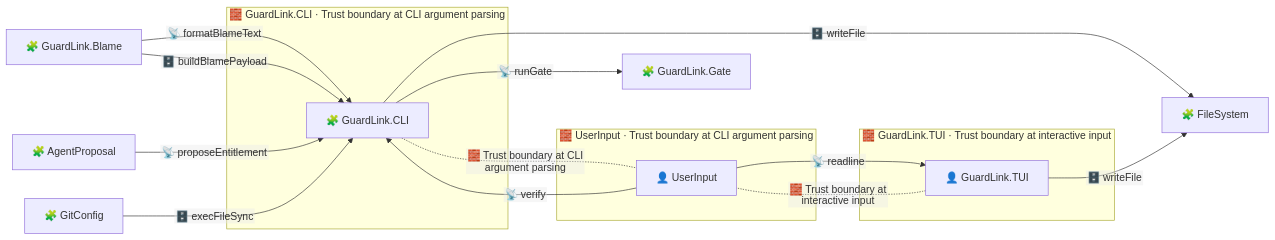
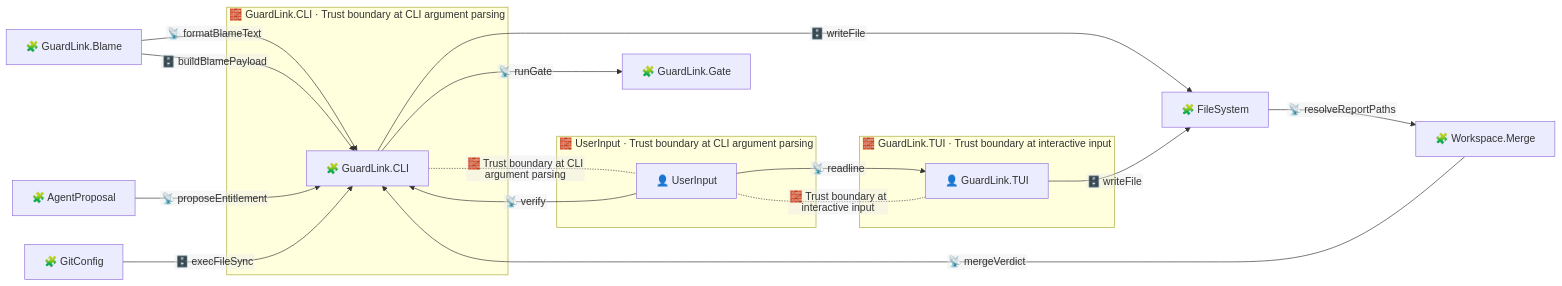
The diagram in .guardlink/graph/by-boundary/cli-input-boundary.mmd (Bugb-Technologies/guardlink), drawn with Mermaid before and after one commit. The commit also changed 60 other files, not shown here.

```diff
--- a/.guardlink/graph/by-boundary/cli-input-boundary.mmd
+++ b/.guardlink/graph/by-boundary/cli-input-boundary.mmd
@@ -1,38 +1,41 @@
 %% GENERATED FILE — do not edit. Regenerate with: guardlink artifacts .
 %% artifact:        by-boundary/cli-input-boundary.mmd
 %% scope:           PARTIAL — the Trust boundary at CLI argument parsing between cli and userinput, and what flows across it
-%% annotation_hash: sha256-v3:1ffaceedfbf419c98d3f31068aefa8de0eb34967f35664f34b68b1d23be27a3b
+%% annotation_hash: sha256-v3:96b5e046610905578780c457ae147944c6688cb16e66a505a4b359eeea689ea1
 %% generator:       guardlink@2.0.0
 %% ---
 %% This diagram is derived from the annotations in this repository. If
 %% annotation_hash above differs from what `guardlink status .` reports, the
 %% diagram is STALE — regenerate rather than trusting it.
 %% When it was generated and at which commit: ask git. Those move for reasons
 %% unrelated to the diagram, so they are reported at emission time, not stored.
 %%{init: {"flowchart": {"nodeSpacing": 44, "rankSpacing": 58, "curve": "basis", "htmlLabels": false}}}%%
 graph LR
   subgraph Z0["🧱 GuardLink.CLI · Trust boundary at CLI argument parsing"]
     cli["🧩 GuardLink.CLI"]
   end
   subgraph Z1["🧱 UserInput · Trust boundary at CLI argument parsing"]
     userinput["👤 UserInput"]
   end
   subgraph Z2["🧱 GuardLink.TUI · Trust boundary at interactive input"]
     tui["👤 GuardLink.TUI"]
   end
   blame["🧩 GuardLink.Blame"]
   filesystem["🧩 FileSystem"]
   gate["🧩 GuardLink.Gate"]
   agentproposal["🧩 AgentProposal"]
   gitconfig["🧩 GitConfig"]
+  merge_engine["🧩 Workspace.Merge"]
   cli -.-|🧱 Trust boundary at CLI argument parsing| userinput
   tui -.-|🧱 Trust boundary at interactive input| userinput
   blame -- "📡 formatBlameText" --> cli
   blame -- "🗄️ buildBlamePayload" --> cli
   cli -- "🗄️ writeFile" --> filesystem
   userinput -- "📡 verify" --> cli
   cli -- "📡 runGate" --> gate
   agentproposal -- "📡 proposeEntitlement" --> cli
   gitconfig -- "🗄️ execFileSync" --> cli
   tui -- "🗄️ writeFile" --> filesystem
   userinput -- "📡 readline" --> tui
+  merge_engine -- "📡 mergeVerdict" --> cli
+  filesystem -- "📡 resolveReportPaths" --> merge_engine
```
